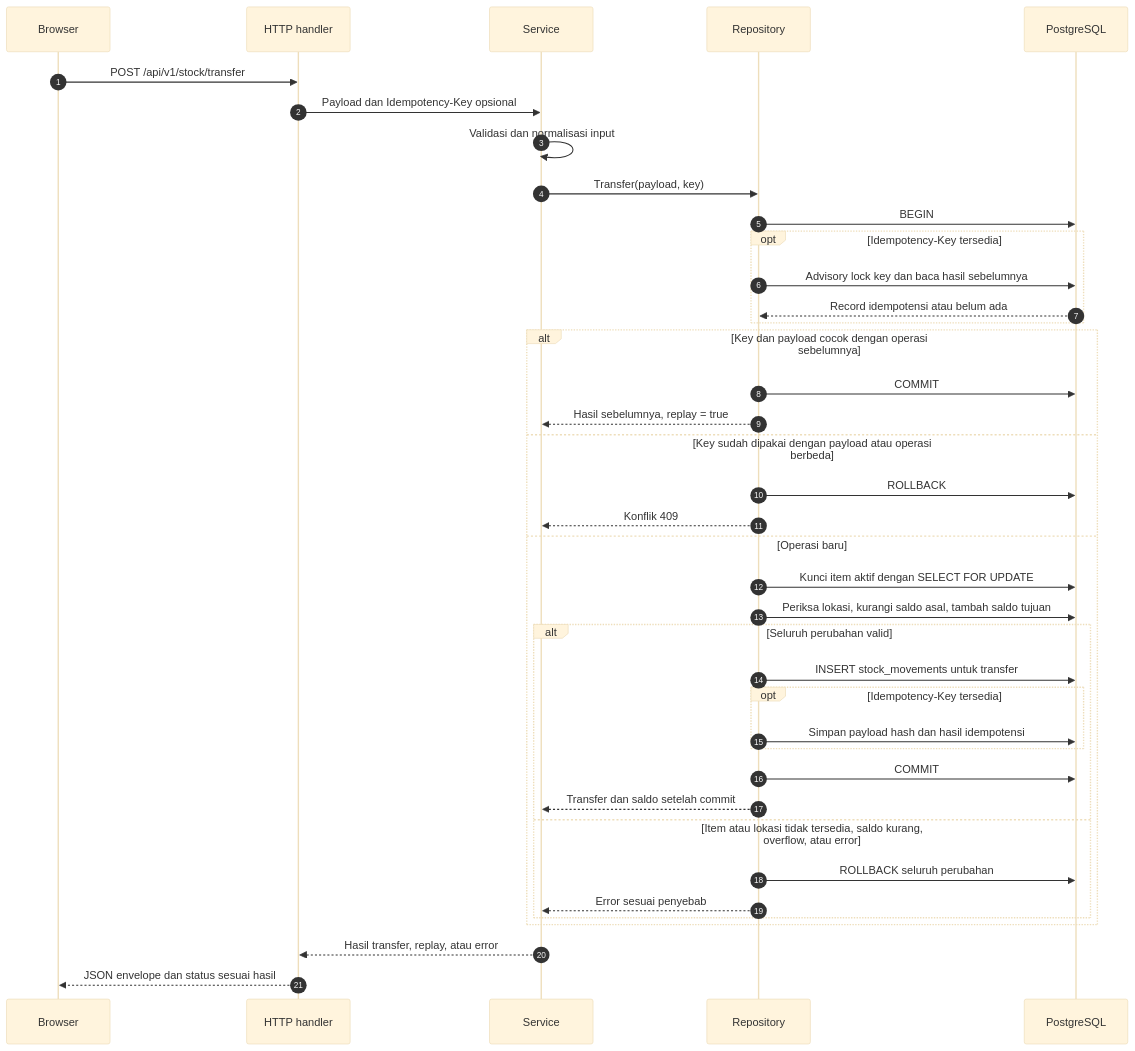
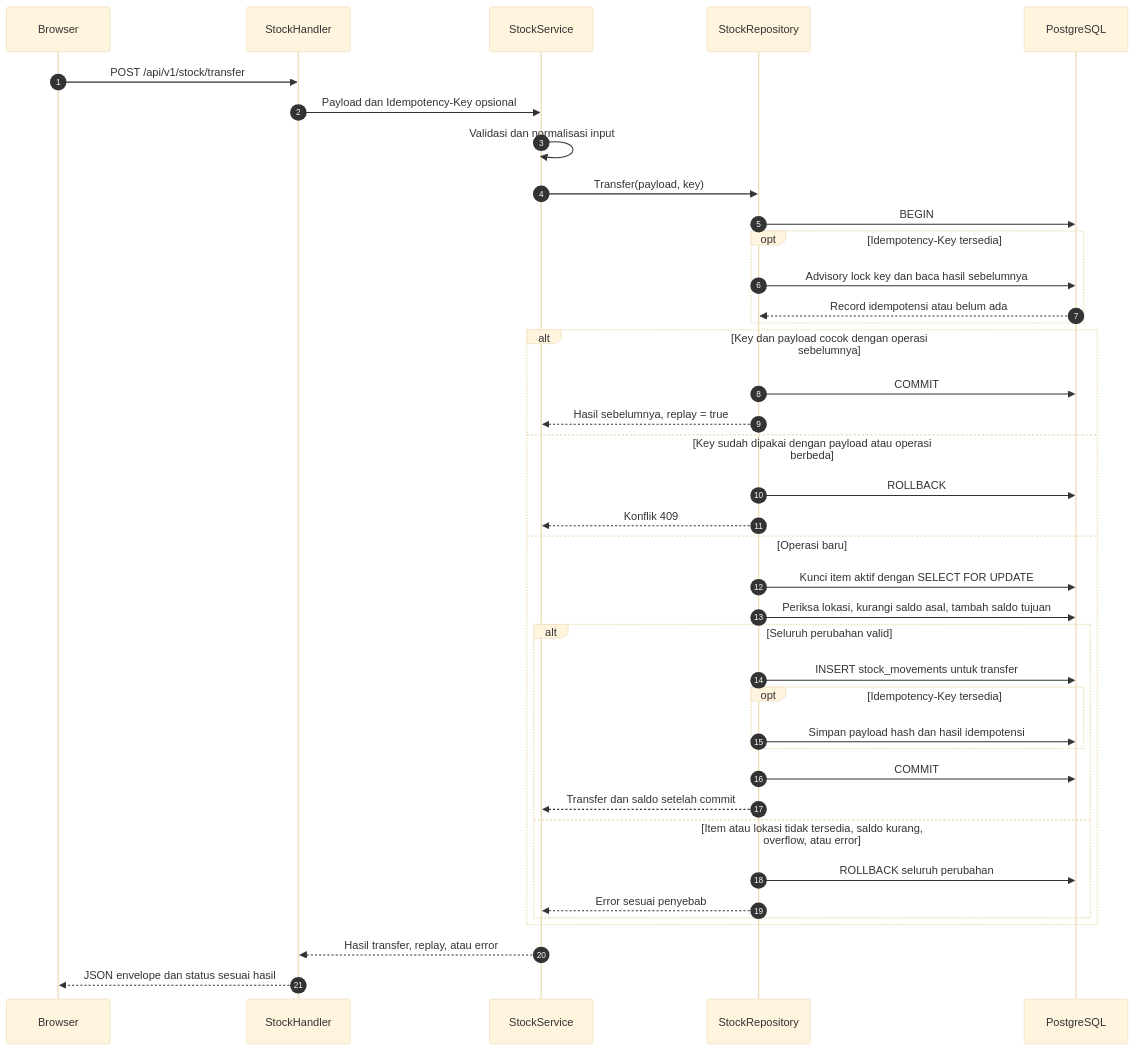
One commit to nrcfrld/warehouse-test-challenge changed the third of 3 diagrams in README.md. Above: the diagram before and after it, drawn with Mermaid (base theme). The commit also changed other lines of this file and 54 other files, not shown here.

````diff
--- a/README.md
+++ b/README.md
@@ -143,42 +170,42 @@
 ```mermaid
 sequenceDiagram
     autonumber
     participant Browser
-    participant API as HTTP handler
-    participant Service
-    participant Repo as Repository
+    participant API as StockHandler
+    participant Service as StockService
+    participant Repo as StockRepository
     participant DB as PostgreSQL
 
     Browser->>API: POST /api/v1/stock/transfer
     API->>Service: Payload dan Idempotency-Key opsional
     Service->>Service: Validasi dan normalisasi input
     Service->>Repo: Transfer(payload, key)
     Repo->>DB: BEGIN
     opt Idempotency-Key tersedia
         Repo->>DB: Advisory lock key dan baca hasil sebelumnya
         DB-->>Repo: Record idempotensi atau belum ada
     end
     alt Key dan payload cocok dengan operasi sebelumnya
         Repo->>DB: COMMIT
         Repo-->>Service: Hasil sebelumnya, replay = true
     else Key sudah dipakai dengan payload atau operasi berbeda
         Repo->>DB: ROLLBACK
         Repo-->>Service: Konflik 409
     else Operasi baru
         Repo->>DB: Kunci item aktif dengan SELECT FOR UPDATE
         Repo->>DB: Periksa lokasi, kurangi saldo asal, tambah saldo tujuan
         alt Seluruh perubahan valid
             Repo->>DB: INSERT stock_movements untuk transfer
             opt Idempotency-Key tersedia
                 Repo->>DB: Simpan payload hash dan hasil idempotensi
             end
             Repo->>DB: COMMIT
             Repo-->>Service: Transfer dan saldo setelah commit
         else Item atau lokasi tidak tersedia, saldo kurang, overflow, atau error
             Repo->>DB: ROLLBACK seluruh perubahan
             Repo-->>Service: Error sesuai penyebab
         end
     end
     Service-->>API: Hasil transfer, replay, atau error
     API-->>Browser: JSON envelope dan status sesuai hasil
 ```
````
